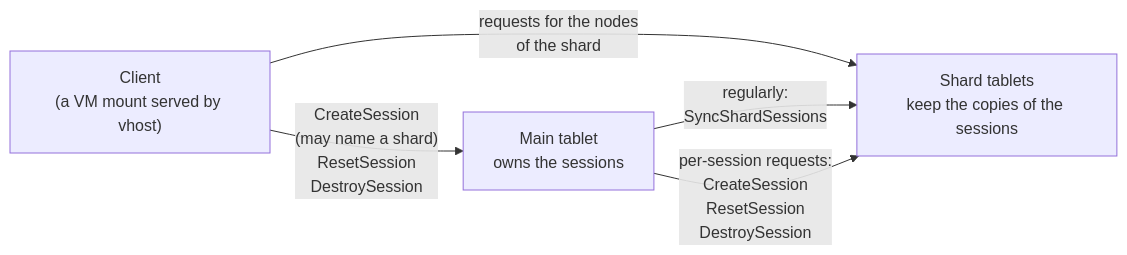
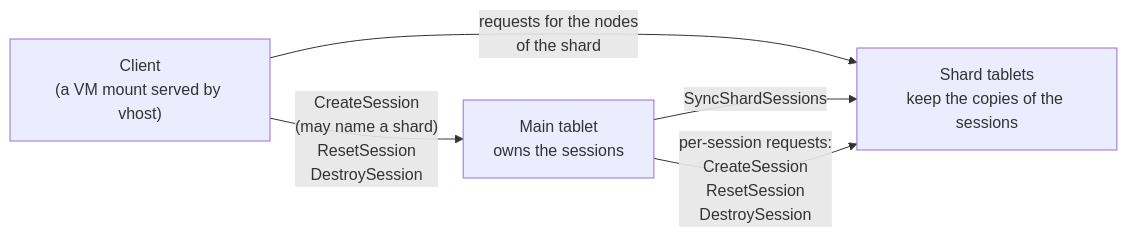
The first of 2 diagrams in doc/filestore/design/lazy_shard_sessions.md (ydb-platform/nbs), drawn with Mermaid before and after one commit. The commit also changed other lines of this file, not shown here.

````diff
--- a/doc/filestore/design/lazy_shard_sessions.md
+++ b/doc/filestore/design/lazy_shard_sessions.md
@@ -50,11 +59,11 @@
 ```mermaid
 flowchart LR
     Client["Client<br/>(a VM mount served by vhost)"]
     Main["Main tablet<br/>owns the sessions"]
     Shard["Shard tablets<br/>keep the copies of the sessions"]
 
     Client -->|"CreateSession<br/>(may name a shard)<br/>ResetSession<br/>DestroySession"| Main
     Client -->|"requests for the nodes<br/>of the shard"| Shard
-    Main -->|"regularly:<br/>SyncShardSessions"| Shard
+    Main -->|"SyncShardSessions"| Shard
     Main -->|"per-session requests:<br/>CreateSession<br/>ResetSession<br/>DestroySession"| Shard
 ```
````
